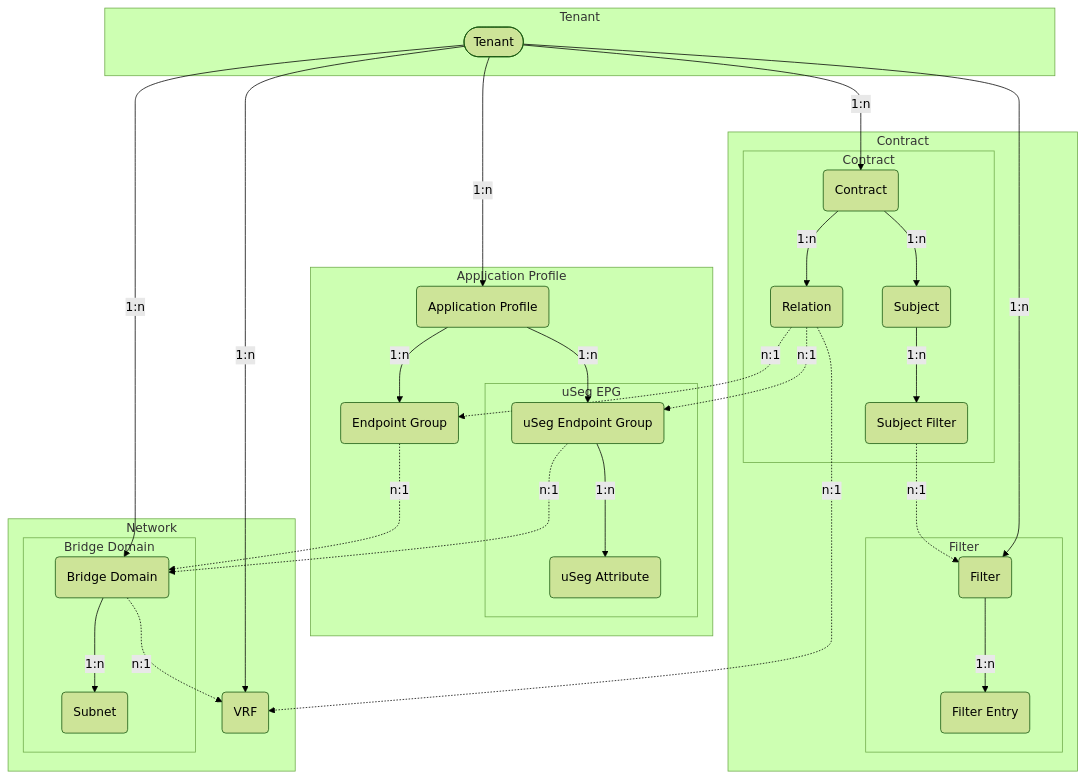
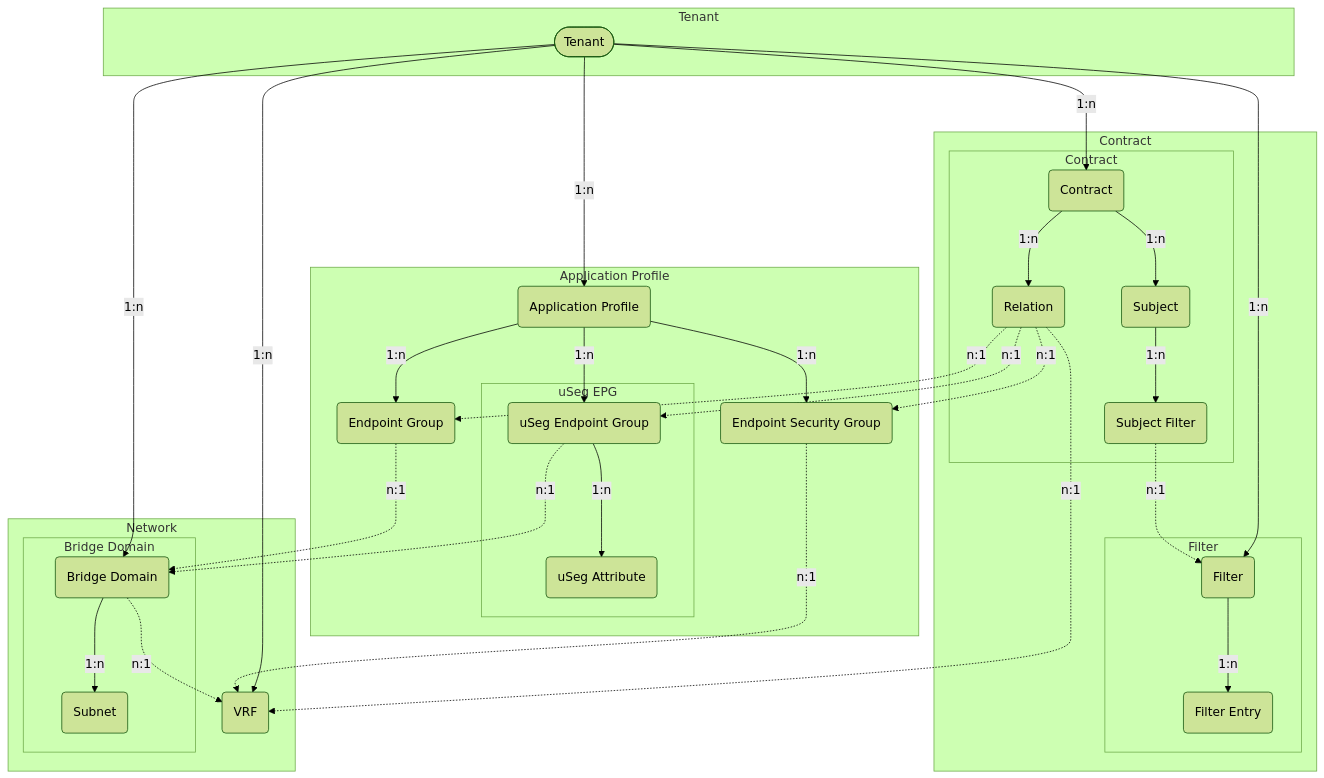
One commit to pheus/netbox-aci-plugin changed the diagram in docs/features/tenants.md. Above: the diagram before and after it, drawn with Mermaid (forest theme). The commit also changed other lines of this file, not shown here.

First line of the commit message:
docs(esgs): Add ACI Endpoint Security Group docs

````diff
--- a/docs/features/tenants.md
+++ b/docs/features/tenants.md
@@ -6,54 +6,58 @@
 ```mermaid
 flowchart TD
     TN([Tenant])
     AP(Application Profile)
     EPG(Endpoint Group)
     USEGEPG(uSeg Endpoint Group)
     USEGATTR(uSeg Attribute)
+    ESG(Endpoint Security Group)
     VRF(VRF)
     BD(Bridge Domain)
     SN(Subnet)
     CT(Contract)
     CTR(Relation)
     SJ(Subject)
     SJF(Subject Filter)
     FT(Filter)
     FTE(Filter Entry)
     subgraph graphTN [Tenant]
         TN
     end
     subgraph graphAP [Application Profile]
         TN -->|1:n| AP
         AP -->|1:n| EPG
         AP -->|1:n| USEGEPG
         subgraph graphUSEG [uSeg EPG]
             USEGEPG -->|1:n| USEGATTR
         end
+        AP -->|1:n| ESG
     end
     subgraph graphNW [Network]
         subgraph graphBD [Bridge Domain]
             TN -->|1:n| BD
             BD -->|1:n| SN
         end
         BD -.->|n:1| VRF
         TN -->|1:n| VRF
     end
     subgraph graphCT [Contract]
         subgraph graphCTS [Contract]
             TN -->|1:n| CT
             CT -->|1:n| SJ
             CT -->|1:n| CTR
             SJ -->|1:n| SJF
         end
         subgraph graphFT [Filter]
             TN -->|1:n| FT
             FT -->|1:n| FTE
         end
         SJF -.->|n:1| FT
         CTR -.->|n:1| EPG
         CTR -.->|n:1| USEGEPG
+        CTR -.->|n:1| ESG
         CTR -.->|n:1| VRF
     end
     EPG -.->|n:1| BD
     USEGEPG -.->|n:1| BD
+    ESG -.->|n:1| VRF
 ```
````
